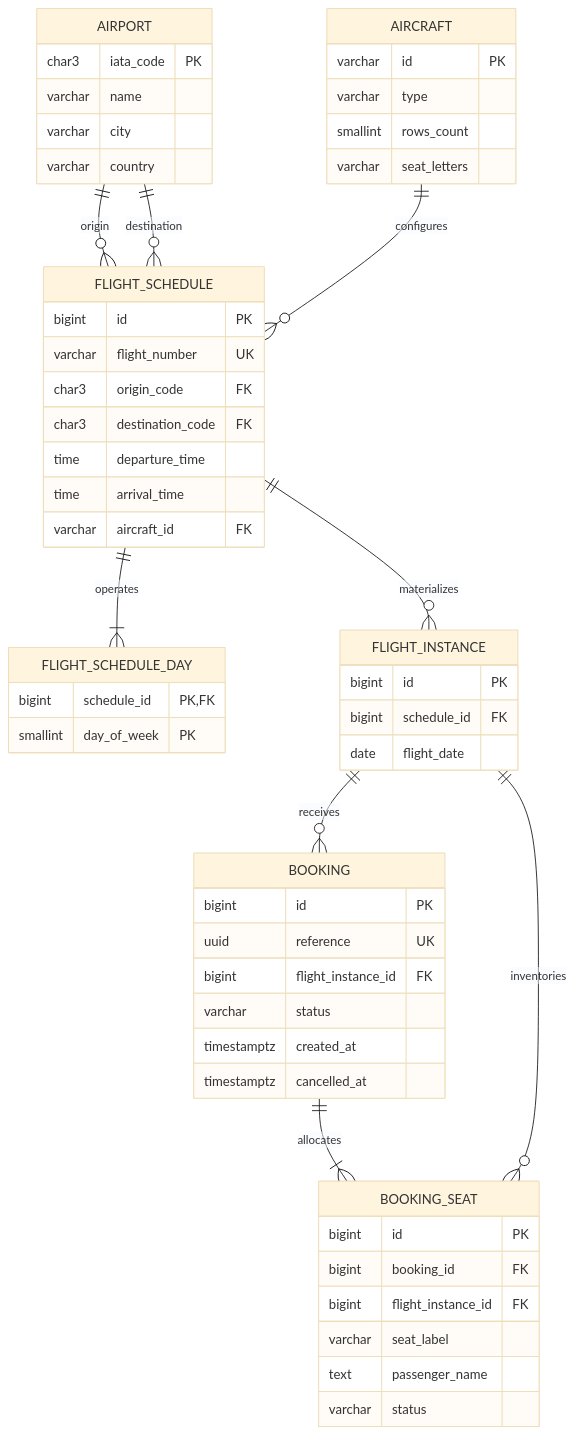
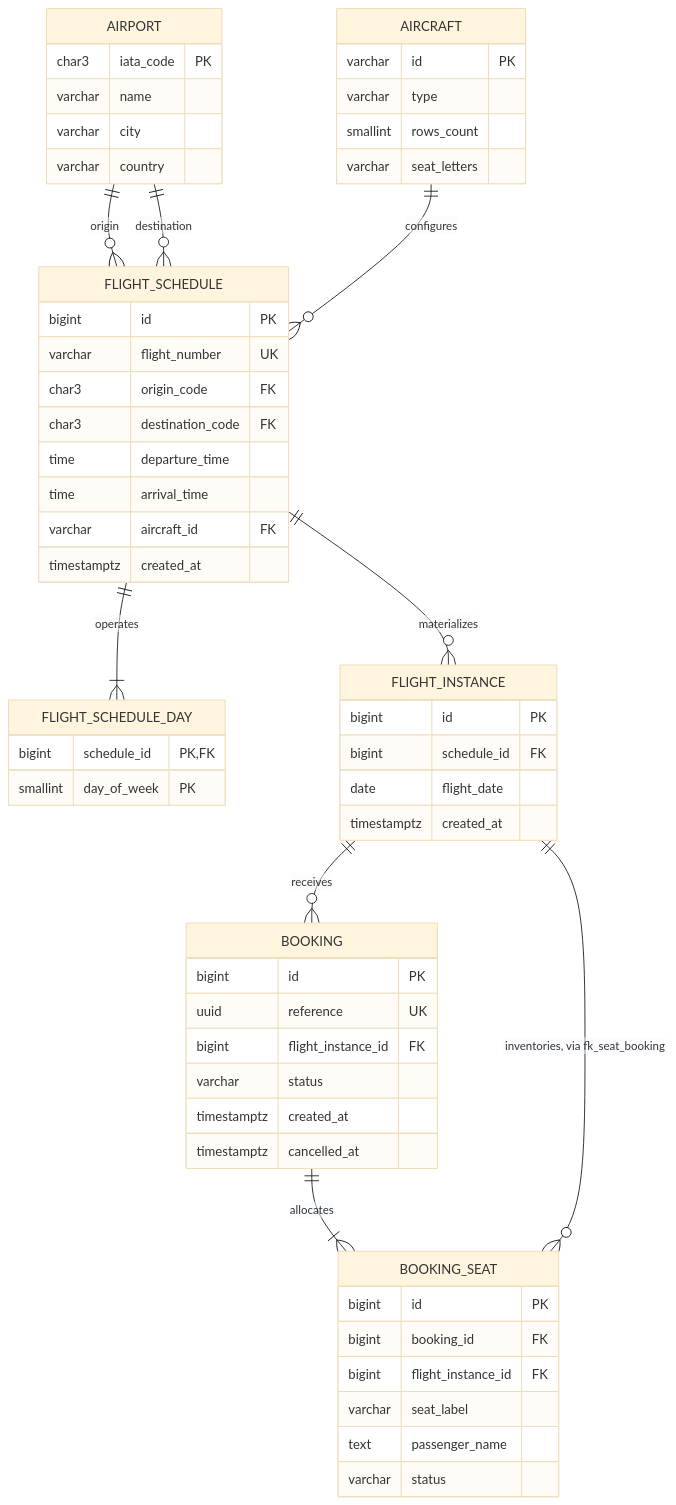
The diagram in db/er-diagram.md (Nishant006/airline-ticketing-system), drawn with Mermaid (base theme) before and after one commit. The commit also changed other lines of this file and 26 other files, not shown here.

Commit message:
decision diagram added

````diff
--- a/db/er-diagram.md
+++ b/db/er-diagram.md
@@ -6,57 +6,59 @@
 ```mermaid
 erDiagram
     AIRPORT ||--o{ FLIGHT_SCHEDULE : origin
     AIRPORT ||--o{ FLIGHT_SCHEDULE : destination
     AIRCRAFT ||--o{ FLIGHT_SCHEDULE : configures
     FLIGHT_SCHEDULE ||--|{ FLIGHT_SCHEDULE_DAY : operates
     FLIGHT_SCHEDULE ||--o{ FLIGHT_INSTANCE : materializes
     FLIGHT_INSTANCE ||--o{ BOOKING : receives
     BOOKING ||--|{ BOOKING_SEAT : allocates
-    FLIGHT_INSTANCE ||--o{ BOOKING_SEAT : inventories
+    FLIGHT_INSTANCE ||--o{ BOOKING_SEAT : "inventories, via fk_seat_booking"
     AIRPORT {
         char3 iata_code PK
         varchar name
         varchar city
         varchar country
     }
     AIRCRAFT {
         varchar id PK
         varchar type
         smallint rows_count
         varchar seat_letters
     }
     FLIGHT_SCHEDULE {
         bigint id PK
         varchar flight_number UK
         char3 origin_code FK
         char3 destination_code FK
         time departure_time
         time arrival_time
         varchar aircraft_id FK
+        timestamptz created_at
     }
     FLIGHT_SCHEDULE_DAY {
         bigint schedule_id PK,FK
         smallint day_of_week PK
     }
     FLIGHT_INSTANCE {
         bigint id PK
         bigint schedule_id FK
         date flight_date
+        timestamptz created_at
     }
     BOOKING {
         bigint id PK
         uuid reference UK
         bigint flight_instance_id FK
         varchar status
         timestamptz created_at
         timestamptz cancelled_at
     }
     BOOKING_SEAT {
         bigint id PK
         bigint booking_id FK
         bigint flight_instance_id FK
         varchar seat_label
         text passenger_name
         varchar status
     }
 ```
````
